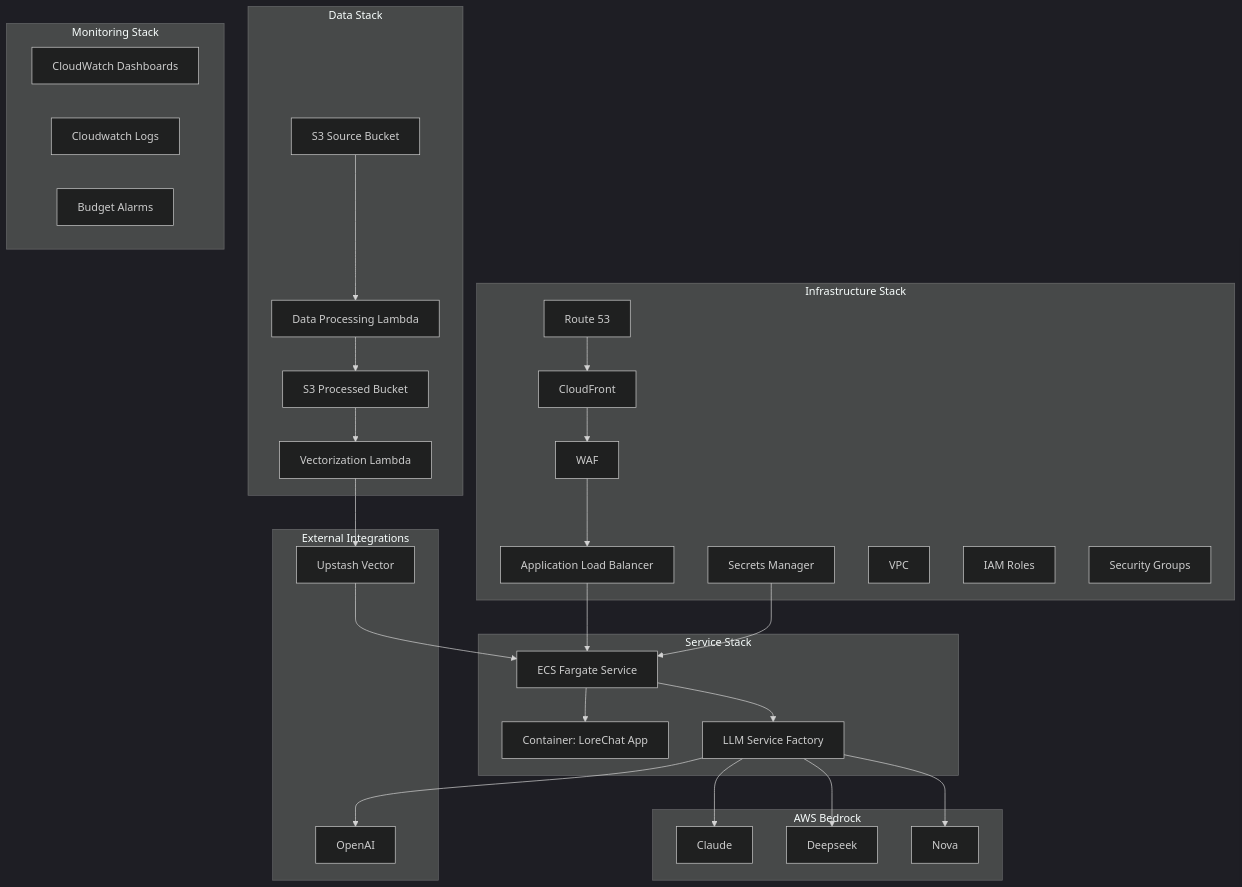
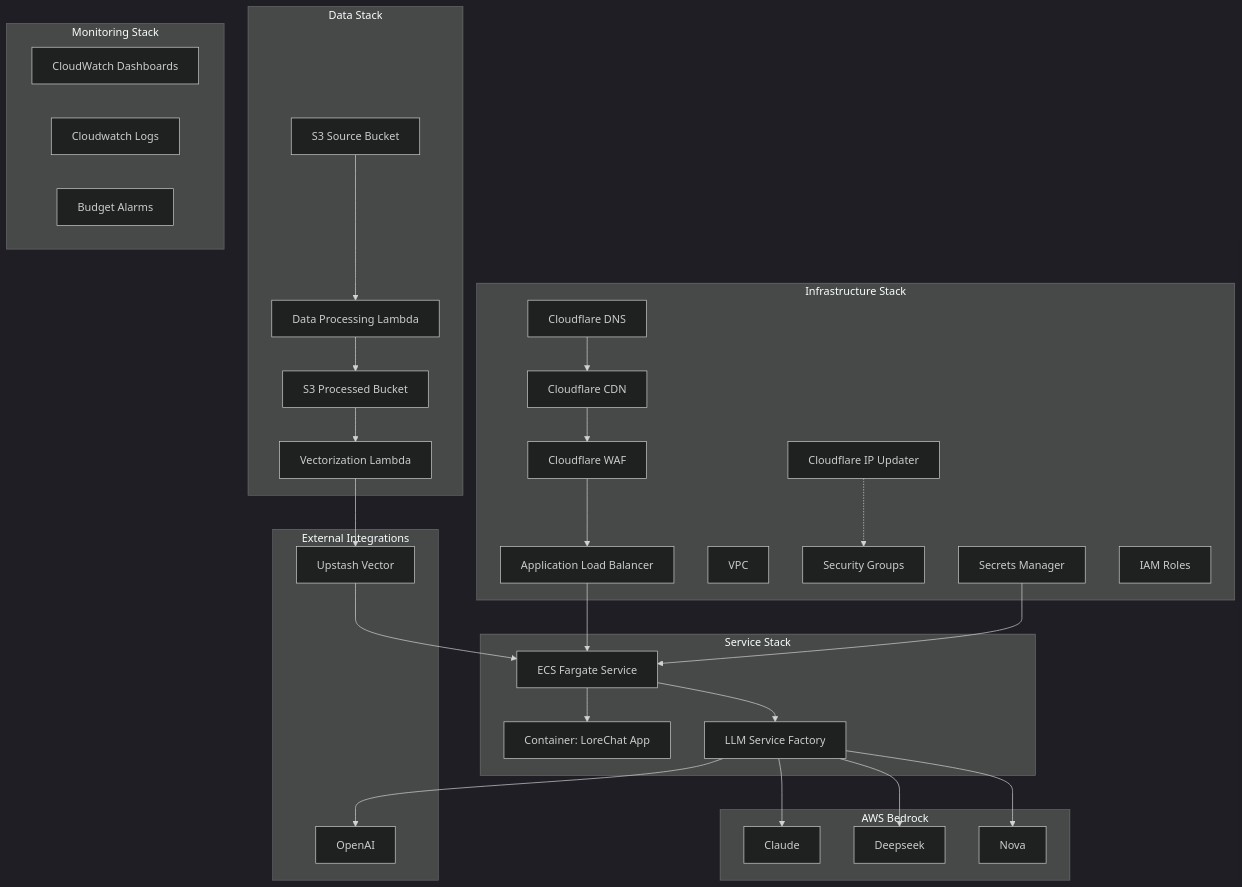
Before and after one commit to laialex501/lorechat-cdk: the first of 9 diagrams in memory-bank/systemPatterns.md, drawn with Mermaid (dark theme). The commit also changed other lines of this file and 9 other files, not shown here.

Commit message:
Migrate from CloudFront to Cloudflare

````diff
--- a/memory-bank/systemPatterns.md
+++ b/memory-bank/systemPatterns.md
@@ -6,54 +6,54 @@
 ```mermaid
 graph TD
     subgraph "Infrastructure Stack"
-        A[CloudFront] --> B[WAF]
-        B --> C[Application Load Balancer]
-        E[Route 53] --> A
-        S[Secrets Manager]
-        D[VPC]
-        Q[IAM Roles]
-        R[Security Groups]
+        A[Cloudflare DNS] --> B[Cloudflare CDN]
+        B --> C[Cloudflare WAF]
+        C --> D[Application Load Balancer]
+        E[VPC]
+        F[Cloudflare IP Updater] -.-> G[Security Groups]
+        H[Secrets Manager]
+        I[IAM Roles]
     end
 
     subgraph "Service Stack"
-        C --> F[ECS Fargate Service]
-        F --> G[Container: LoreChat App]
-        O[LLM Service Factory]
+        D --> J[ECS Fargate Service]
+        J --> K[Container: LoreChat App]
+        L[LLM Service Factory]
     end
 
     subgraph "Data Stack"
-        H[S3 Source Bucket]
-        I[S3 Processed Bucket]
-        J[Data Processing Lambda]
-        K[Vectorization Lambda]
-        H --> J
-        J --> I
-        I --> K
+        M[S3 Source Bucket]
+        N[S3 Processed Bucket]
+        O[Data Processing Lambda]
+        P[Vectorization Lambda]
+        M --> O
+        O --> N
+        N --> P
     end
 
     subgraph "Monitoring Stack"
-        M[CloudWatch Dashboards]
-        W[Cloudwatch Logs]
-        N[Budget Alarms]
+        Q[CloudWatch Dashboards]
+        R[Cloudwatch Logs]
+        S[Budget Alarms]
     end
 
     subgraph "External Integrations"
-        L[Upstash Vector]
-        P[OpenAI]
-        K --> L
-        O --> P[OpenAI]
+        T[Upstash Vector]
+        U[OpenAI]
+        P --> T
+        L --> U[OpenAI]
     end
 
     subgraph "AWS Bedrock"
-        T[Claude]
-        U[Deepseek]
-        V[Nova]
-        O --> T
-        O --> U
-        O --> V
+        V[Claude]
+        W[Deepseek]
+        X[Nova]
+        L --> V
+        L --> W
+        L --> X
     end
 
-    F --> O
-    L --> F
-    S --> F
+    J --> L
+    T --> J
+    H --> J
 ```
````
